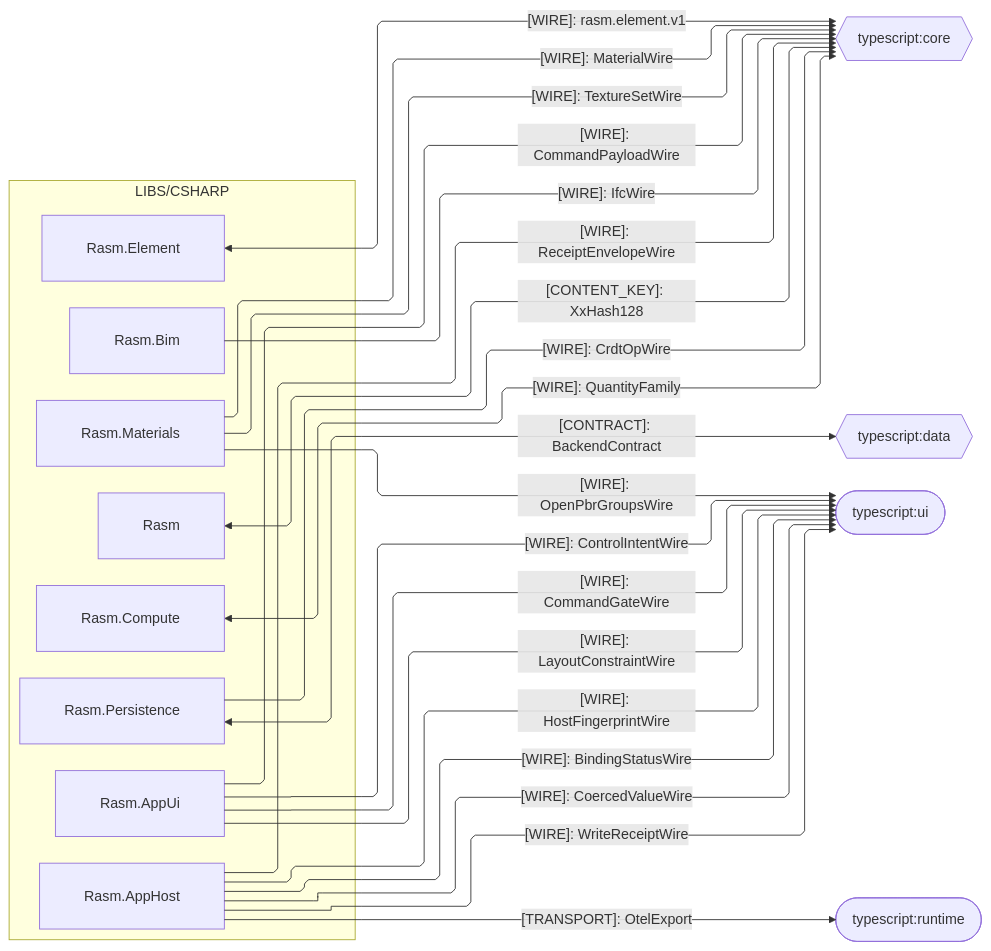
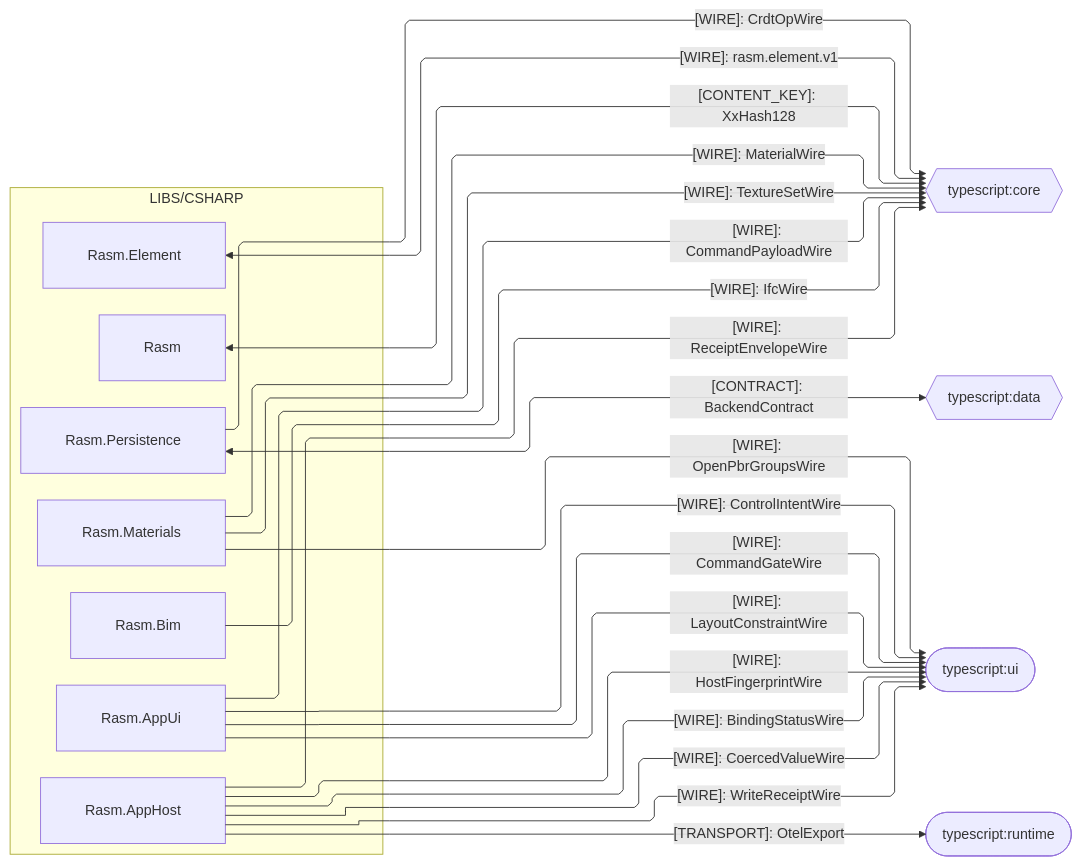
One commit to bsamiee/Rasm changed the third of 5 diagrams in libs/csharp/.planning/ARCHITECTURE.md. Above: the diagram before and after it, drawn with Mermaid. The commit also changed 55 other files, not shown here.

````diff
--- a/libs/csharp/.planning/ARCHITECTURE.md
+++ b/libs/csharp/.planning/ARCHITECTURE.md
@@ -160,45 +160,43 @@
 ```mermaid
 ---
 config:
   layout: elk
   flowchart:
     curve: linear
     padding: 25
 ---
 flowchart LR
     accTitle: C# branch typescript seam registry
     accDescr: Which kinded wires the C# packages produce for the typescript core, data, runtime, and ui domains to decode.
     subgraph csharp[LIBS/CSHARP]
         Rasm[Rasm]
         Element[Rasm.Element]
-        Compute[Rasm.Compute]
         Persistence[Rasm.Persistence]
         Bim[Rasm.Bim]
         Materials[Rasm.Materials]
         AppUi[Rasm.AppUi]
         AppHost[Rasm.AppHost]
     end
     TsCore{{typescript:core}}
     TsData{{typescript:data}}
     TsUi([typescript:ui])
     TsRuntime([typescript:runtime])
     Rasm e1@<-->|"[CONTENT_KEY]: XxHash128"| TsCore
     Element e2@<-->|"[WIRE]: rasm.element.v1"| TsCore
-    Compute e3@<-->|"[WIRE]: QuantityFamily"| TsCore
-    Persistence e4@-->|"[WIRE]: CrdtOpWire"| TsCore
-    Bim e5@-->|"[WIRE]: IfcWire"| TsCore
-    Materials e6@-->|"[WIRE]: MaterialWire"| TsCore
-    Materials e7@-->|"[WIRE]: TextureSetWire"| TsCore
-    AppUi e8@-->|"[WIRE]: CommandPayloadWire"| TsCore
-    AppHost e9@-->|"[WIRE]: ReceiptEnvelopeWire"| TsCore
-    Persistence e10@<-->|"[CONTRACT]: BackendContract"| TsData
-    Materials e11@-->|"[WIRE]: OpenPbrGroupsWire"| TsUi
-    AppUi e12@-->|"[WIRE]: ControlIntentWire"| TsUi
-    AppUi e13@-->|"[WIRE]: CommandGateWire"| TsUi
-    AppUi e14@-->|"[WIRE]: LayoutConstraintWire"| TsUi
-    AppHost e15@-->|"[WIRE]: BindingStatusWire"| TsUi
-    AppHost e16@-->|"[WIRE]: CoercedValueWire"| TsUi
-    AppHost e17@-->|"[WIRE]: WriteReceiptWire"| TsUi
-    AppHost e18@-->|"[WIRE]: HostFingerprintWire"| TsUi
-    AppHost e19@-->|"[TRANSPORT]: OtelExport"| TsRuntime
+    Persistence e3@-->|"[WIRE]: CrdtOpWire"| TsCore
+    Bim e4@-->|"[WIRE]: IfcWire"| TsCore
+    Materials e5@-->|"[WIRE]: MaterialWire"| TsCore
+    Materials e6@-->|"[WIRE]: TextureSetWire"| TsCore
+    AppUi e7@-->|"[WIRE]: CommandPayloadWire"| TsCore
+    AppHost e8@-->|"[WIRE]: ReceiptEnvelopeWire"| TsCore
+    Persistence e9@<-->|"[CONTRACT]: BackendContract"| TsData
+    Materials e10@-->|"[WIRE]: OpenPbrGroupsWire"| TsUi
+    AppUi e11@-->|"[WIRE]: ControlIntentWire"| TsUi
+    AppUi e12@-->|"[WIRE]: CommandGateWire"| TsUi
+    AppUi e13@-->|"[WIRE]: LayoutConstraintWire"| TsUi
+    AppHost e14@-->|"[WIRE]: BindingStatusWire"| TsUi
+    AppHost e15@-->|"[WIRE]: CoercedValueWire"| TsUi
+    AppHost e16@-->|"[WIRE]: WriteReceiptWire"| TsUi
+    AppHost e17@-->|"[WIRE]: HostFingerprintWire"| TsUi
+    AppHost e18@-->|"[TRANSPORT]: OtelExport"| TsRuntime
 ```
````
